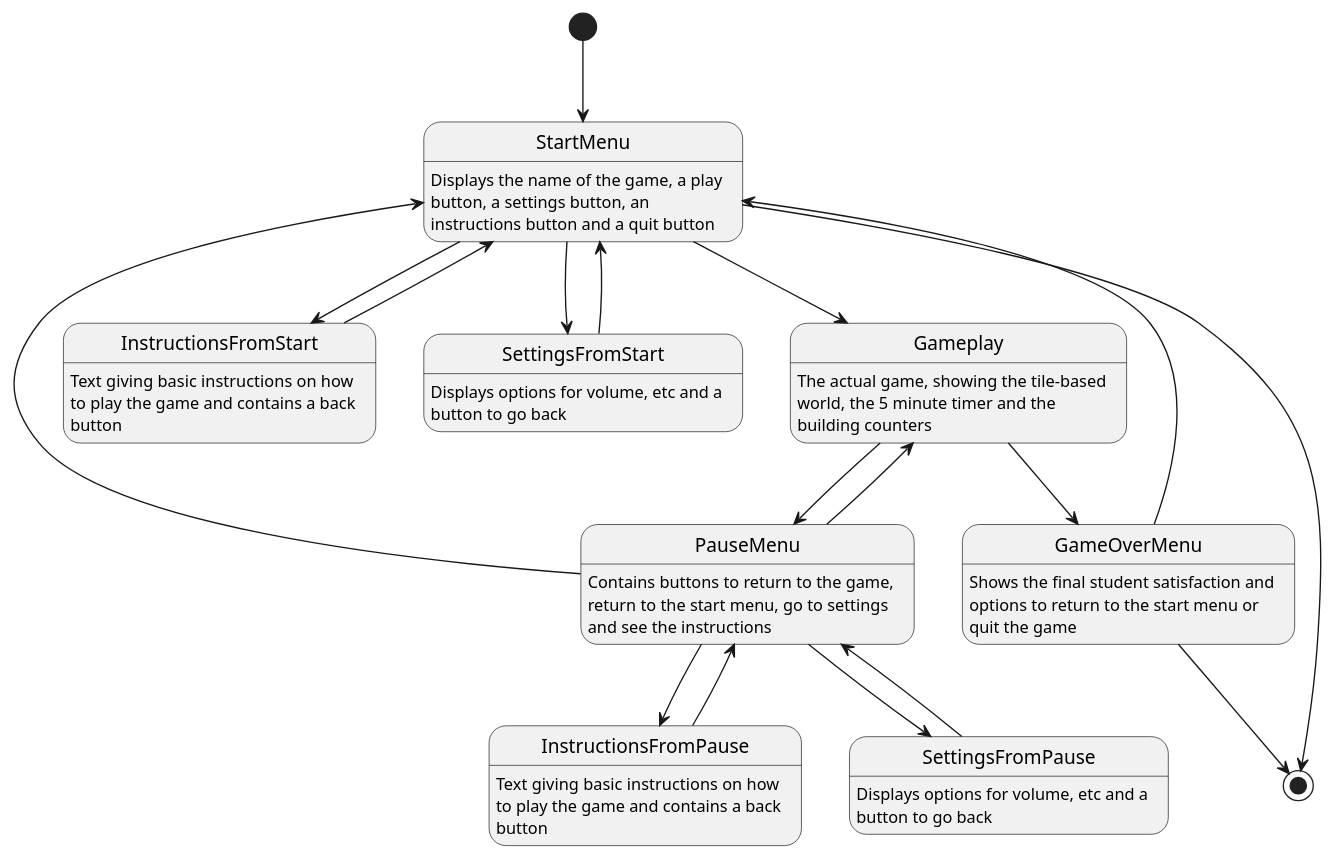
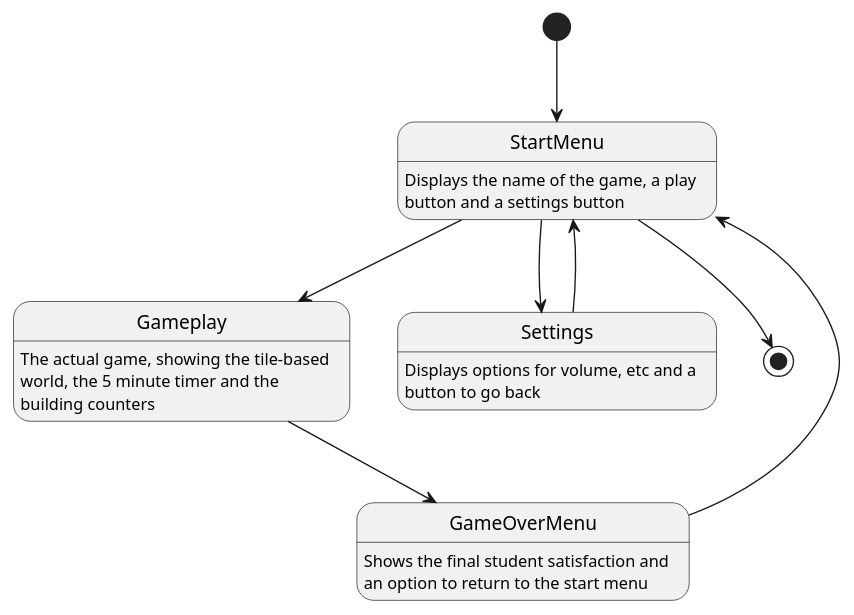
Before and after one commit to y111studios/9-unisim-fork: the diagram in docs/diagrams/src/state.puml, drawn with PlantUML.

Commit message:
Finalised state diagram

```diff
--- a/docs/diagrams/src/state.puml
+++ b/docs/diagrams/src/state.puml
@@ -1,50 +1,23 @@
 @startuml Project Structure
 [*] --> StartMenu
 
 StartMenu: Displays the name of the game, a play
-StartMenu: button, a settings button, an
-StartMenu: instructions button and a quit button
+StartMenu: button and a settings button
 StartMenu --> Gameplay
-StartMenu --> InstructionsFromStart
-StartMenu --> SettingsFromStart
+StartMenu --> Settings
 StartMenu --> [*]
 
 Gameplay: The actual game, showing the tile-based
 Gameplay: world, the 5 minute timer and the
 Gameplay: building counters
-Gameplay --> PauseMenu
 Gameplay --> GameOverMenu
 
-PauseMenu: Contains buttons to return to the game,
-PauseMenu: return to the start menu, go to settings
-PauseMenu: and see the instructions
-PauseMenu --> Gameplay
-PauseMenu --> StartMenu
-PauseMenu --> SettingsFromPause
-PauseMenu --> InstructionsFromPause
+GameOverMenu: Shows the final student satisfaction and
+GameOverMenu: an option to return to the start menu
+GameOverMenu --> StartMenu
 
-GameOverMenu: Shows the final student satisfaction and
-GameOverMenu: options to return to the start menu or
-GameOverMenu: quit the game
-GameOverMenu --> StartMenu
-GameOverMenu --> [*]
-
-InstructionsFromStart: Text giving basic instructions on how
-InstructionsFromStart: to play the game and contains a back
-InstructionsFromStart: button
-InstructionsFromStart --> StartMenu
-
-InstructionsFromPause: Text giving basic instructions on how
-InstructionsFromPause: to play the game and contains a back
-InstructionsFromPause: button
-InstructionsFromPause --> PauseMenu
-
-SettingsFromStart: Displays options for volume, etc and a
-SettingsFromStart: button to go back
-SettingsFromStart --> StartMenu
-
-SettingsFromPause: Displays options for volume, etc and a
-SettingsFromPause: button to go back
-SettingsFromPause --> PauseMenu
+Settings: Displays options for volume, etc and a
+Settings: button to go back
+Settings --> StartMenu
 
 @enduml
```
